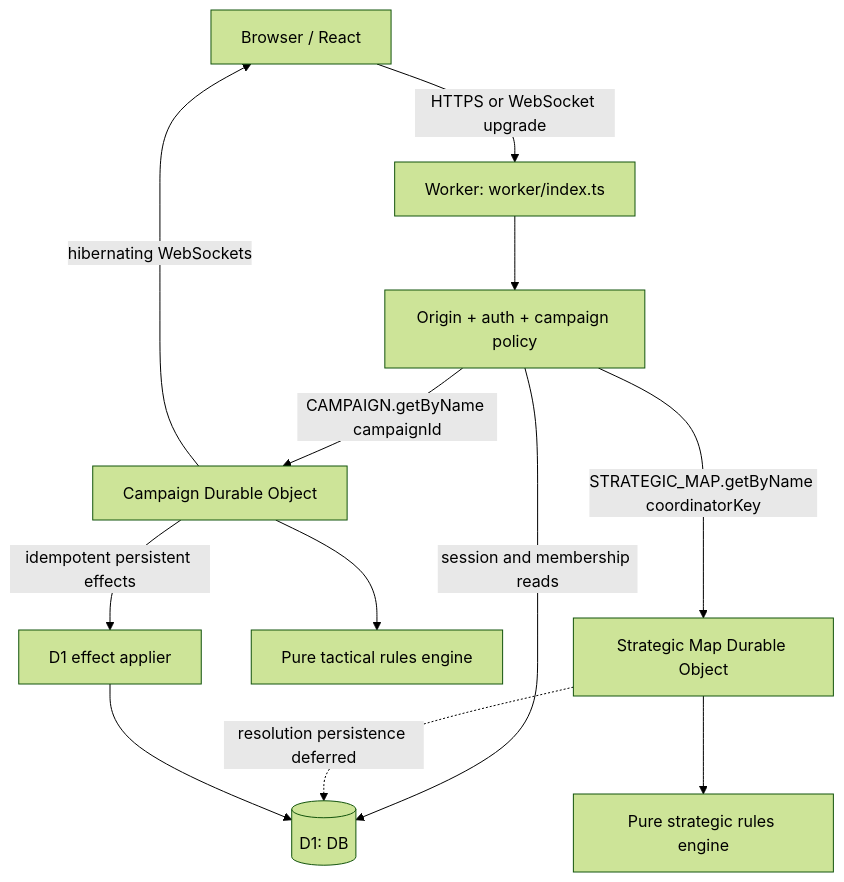
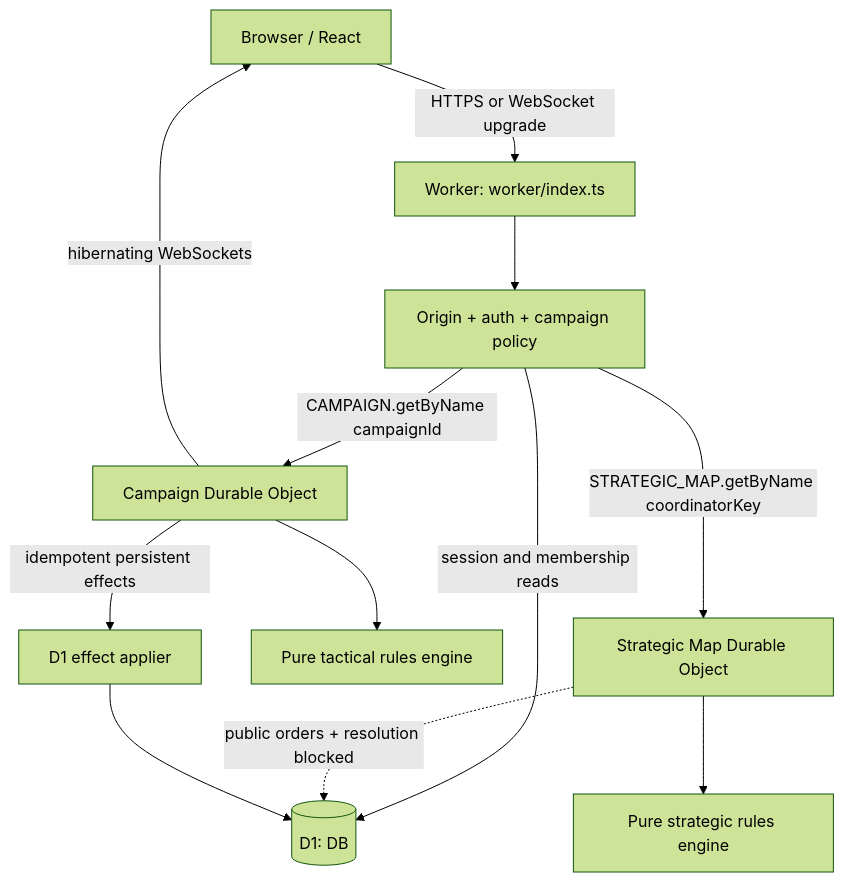
Before and after one commit to jbwod/Corinths-Plight: the diagram in docs/CLOUDFLARE.md, drawn with Mermaid (forest theme). The commit also changed other lines of this file and 40 other files, not shown here.

````diff
--- a/docs/CLOUDFLARE.md
+++ b/docs/CLOUDFLARE.md
@@ -19,14 +21,14 @@
 ```mermaid
 flowchart TD
     Client["Browser / React"] -->|HTTPS or WebSocket upgrade| Entry["Worker: worker/index.ts"]
     Entry --> Policy["Origin + auth + campaign policy"]
     Policy -->|session and membership reads| DB[("D1: DB")]
     Policy -->|CAMPAIGN.getByName campaignId| DO["Campaign Durable Object"]
     Policy -->|STRATEGIC_MAP.getByName coordinatorKey| SDO["Strategic Map Durable Object"]
     DO --> Engine["Pure tactical rules engine"]
     SDO --> StrategicEngine["Pure strategic rules engine"]
     DO -->|hibernating WebSockets| Client
     DO -->|"idempotent persistent effects"| Applier["D1 effect applier"]
-    SDO -. "resolution persistence deferred" .-> DB
+    SDO -. "public orders + resolution blocked" .-> DB
     Applier --> DB
 ```
````
